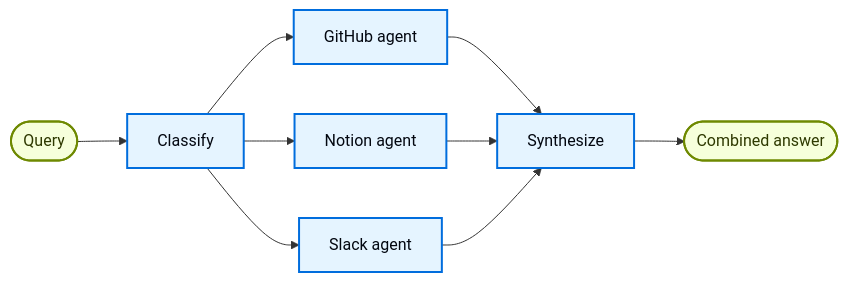
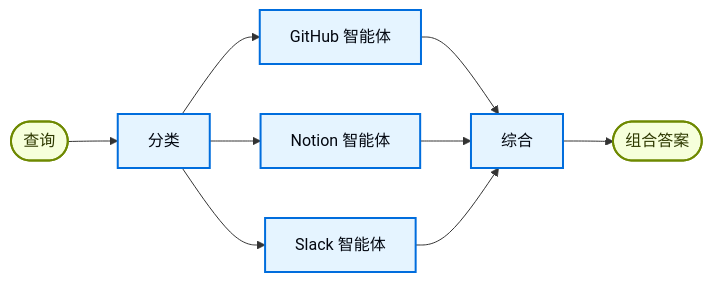
Before and after one commit to kunfan96/cndocs-langchain: the diagram in oss/python/langchain/multi-agent/router-knowledge-base.mdx, drawn with Mermaid. The commit also changed other lines of this file and 2498 other files, not shown here.

````diff
--- a/oss/python/langchain/multi-agent/router-knowledge-base.mdx
+++ b/oss/python/langchain/multi-agent/router-knowledge-base.mdx
@@ -21,17 +21,17 @@
 ```mermaid
 graph LR
-    A([Query]) --> B[Classify]
-    B --> C[GitHub agent]
-    B --> D[Notion agent]
-    B --> E[Slack agent]
-    C --> F[Synthesize]
+    A([查询]) --> B[分类]
+    B --> C[GitHub 智能体]
+    B --> D[Notion 智能体]
+    B --> E[Slack 智能体]
+    C --> F[综合]
     D --> F
     E --> F
-    F --> G([Combined answer])
+    F --> G([组合答案])
 
     classDef trigger fill:#F6FFDB,stroke:#6E8900,stroke-width:2px,color:#2E3900
     classDef process fill:#E5F4FF,stroke:#006DDD,stroke-width:2px,color:#030710
 
     class A,G trigger
     class B,C,D,E,F process
 ```
````
